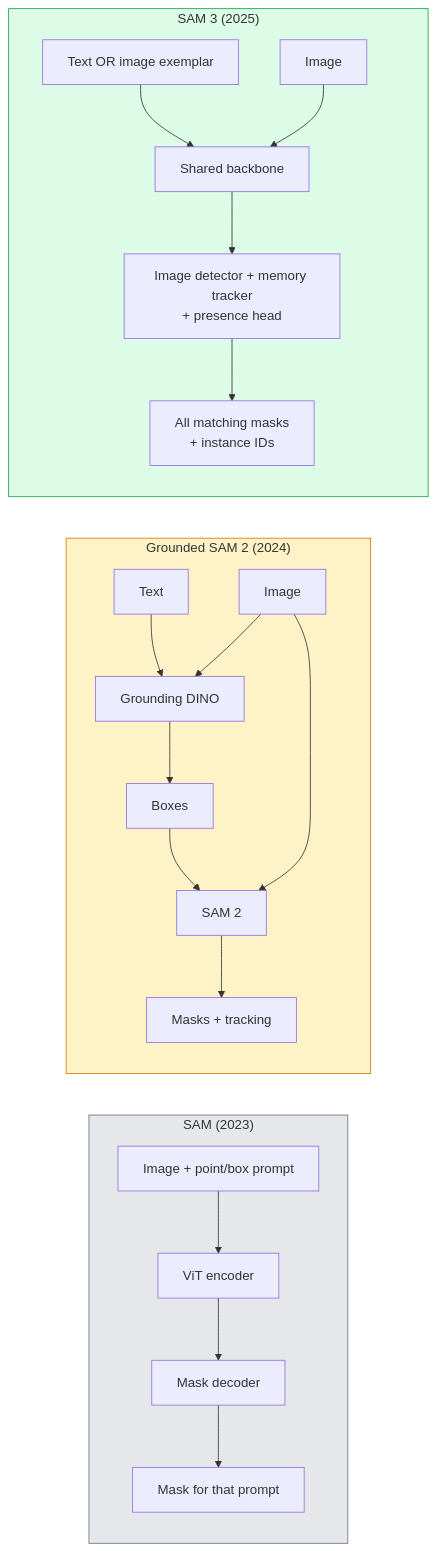
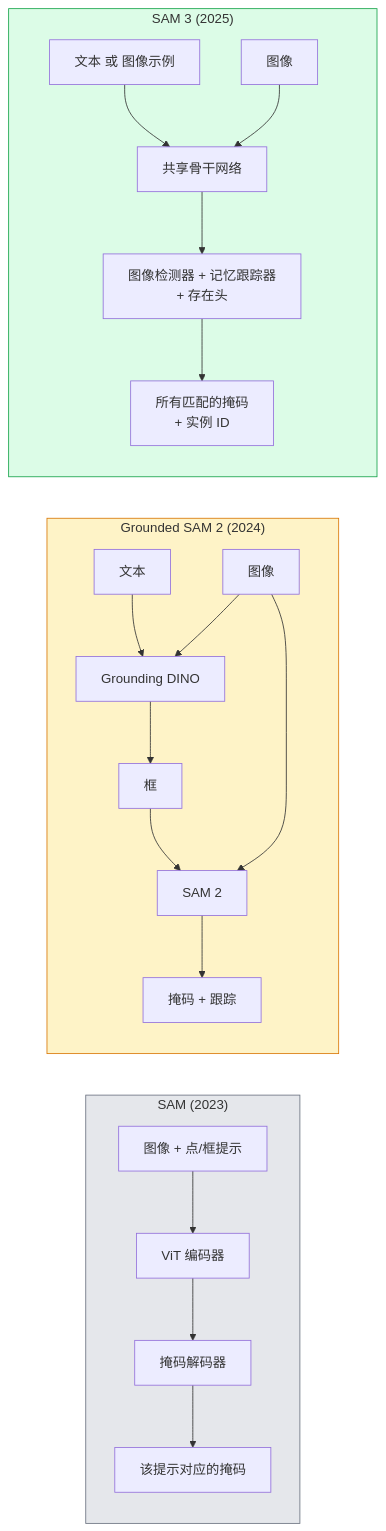
Before and after one commit to cq0206/ai-engineering-from-scratch: the diagram in phases/04-computer-vision/24-sam3-open-vocab-segmentation.md, drawn with Mermaid. The commit also changed other lines of this file and 67 other files, not shown here.

````diff
--- a/phases/04-computer-vision/24-sam3-open-vocab-segmentation.md
+++ b/phases/04-computer-vision/24-sam3-open-vocab-segmentation.md
@@ -29,22 +29,22 @@
 ```mermaid
 flowchart LR
     subgraph SAM1["SAM (2023)"]
-        A1["Image + point/box prompt"] --> A2["ViT encoder"] --> A3["Mask decoder"]
-        A3 --> A4["Mask for that prompt"]
+        A1["图像 + 点/框提示"] --> A2["ViT 编码器"] --> A3["掩码解码器"]
+        A3 --> A4["该提示对应的掩码"]
     end
     subgraph GSAM2["Grounded SAM 2 (2024)"]
-        B1["Text"] --> B2["Grounding DINO"] --> B3["Boxes"] --> B4["SAM 2"] --> B5["Masks + tracking"]
-        B6["Image"] --> B2
+        B1["文本"] --> B2["Grounding DINO"] --> B3["框"] --> B4["SAM 2"] --> B5["掩码 + 跟踪"]
+        B6["图像"] --> B2
         B6 --> B4
     end
     subgraph SAM3["SAM 3 (2025)"]
-        C1["Text OR image exemplar"] --> C2["Shared backbone"]
-        C3["Image"] --> C2
-        C2 --> C4["Image detector + memory tracker<br/>+ presence head"]
-        C4 --> C5["All matching masks<br/>+ instance IDs"]
+        C1["文本 或 图像示例"] --> C2["共享骨干网络"]
+        C3["图像"] --> C2
+        C2 --> C4["图像检测器 + 记忆跟踪器<br/>+ 存在头"]
+        C4 --> C5["所有匹配的掩码<br/>+ 实例 ID"]
     end
 
     style SAM1 fill:#e5e7eb,stroke:#6b7280
     style GSAM2 fill:#fef3c7,stroke:#d97706
     style SAM3 fill:#dcfce7,stroke:#16a34a
 ```
````
